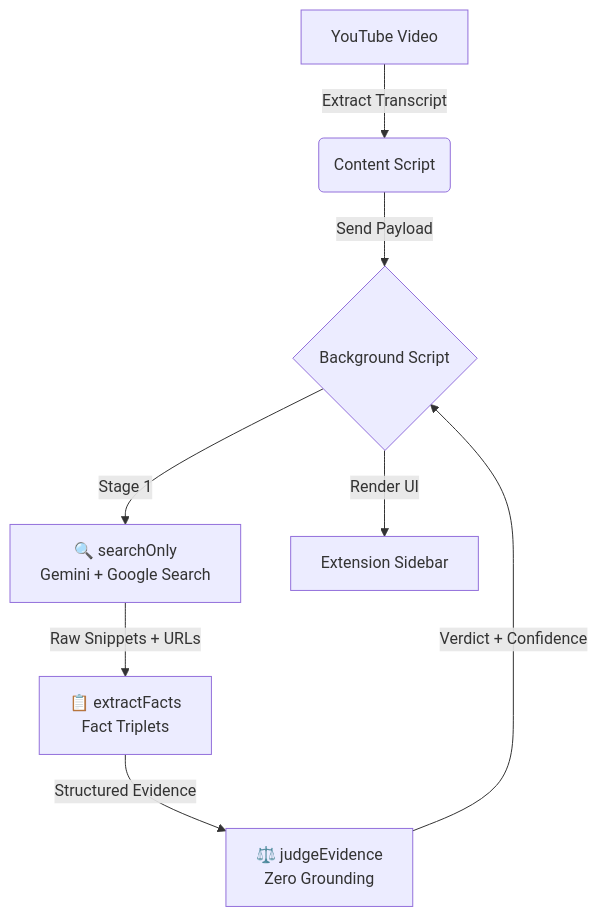
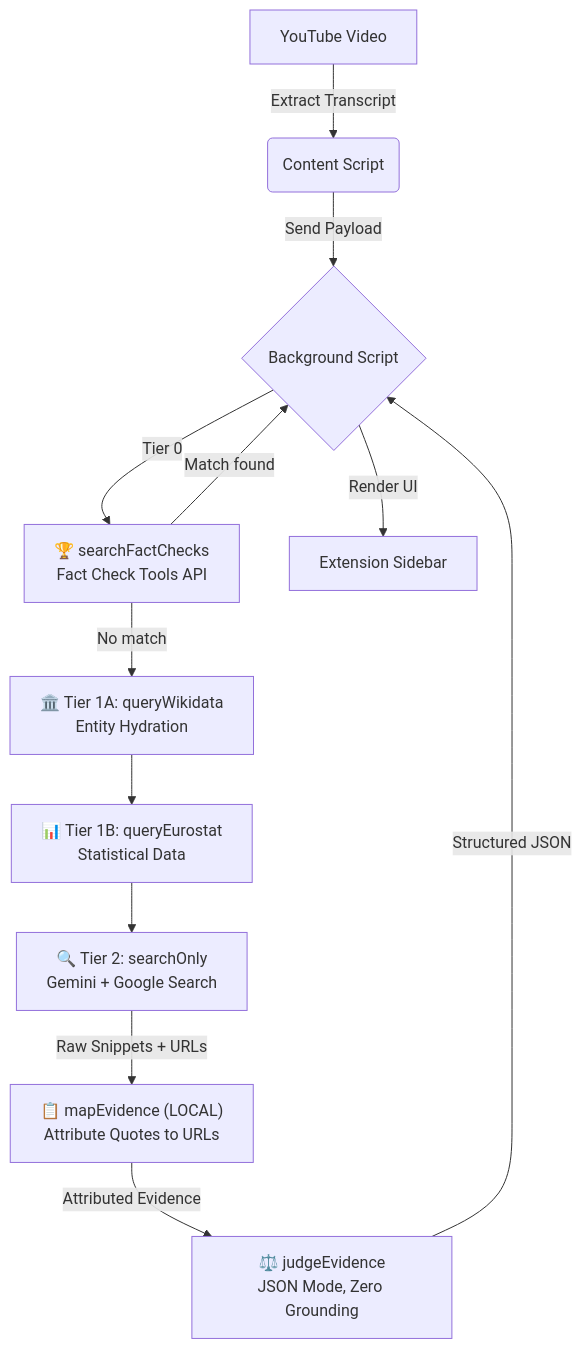
Before and after one commit to humanchaos/factcheck: the diagram in README.md, drawn with Mermaid. The commit also changed other lines of this file and 2 other files, not shown here.

First line of the commit message:
docs: v2.0.0 Documentation Sprint — README, API_SPEC, TESTING

````diff
--- a/README.md
+++ b/README.md
@@ -78,10 +86,14 @@
 ```mermaid
 graph TD
-    A[YouTube Video] -->|Extract Transcript| B(Content Script)
-    B -->|Send Payload| C{Background Script}
-    C -->|Stage 1| D["🔍 searchOnly<br/>Gemini + Google Search"]
-    D -->|Raw Snippets + URLs| E["📋 extractFacts<br/>Fact Triplets"]
-    E -->|Structured Evidence| F["⚖️ judgeEvidence<br/>Zero Grounding"]
-    F -->|Verdict + Confidence| C
-    C -->|Render UI| G[Extension Sidebar]
+    A["YouTube Video"] -->|Extract Transcript| B("Content Script")
+    B -->|Send Payload| C{"Background Script"}
+    C -->|Tier 0| D["🏆 searchFactChecks<br/>Fact Check Tools API"]
+    D -->|No match| E["🏛️ Tier 1A: queryWikidata<br/>Entity Hydration"]
+    E --> F["📊 Tier 1B: queryEurostat<br/>Statistical Data"]
+    F --> G["🔍 Tier 2: searchOnly<br/>Gemini + Google Search"]
+    G -->|Raw Snippets + URLs| H["📋 mapEvidence (LOCAL)<br/>Attribute Quotes to URLs"]
+    H -->|Attributed Evidence| I["⚖️ judgeEvidence<br/>JSON Mode, Zero Grounding"]
+    I -->|Structured JSON| C
+    C -->|Render UI| J["Extension Sidebar"]
+    D -->|Match found| C
 ```
````
